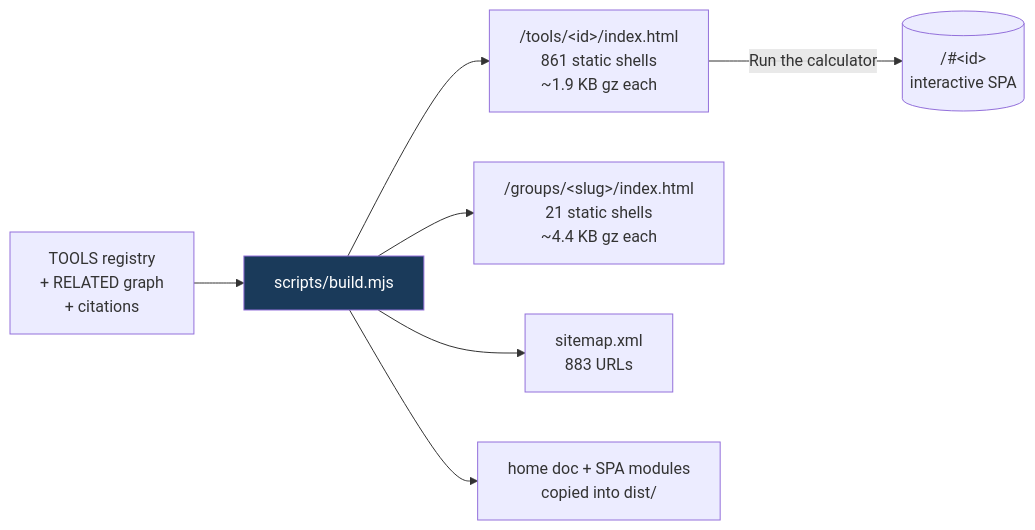
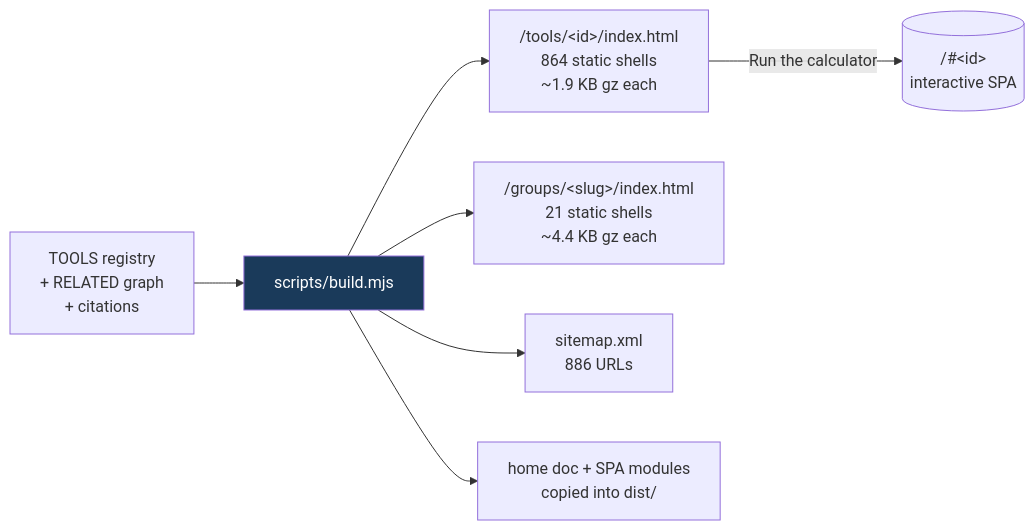
One commit to clay-good/roughlogic.com changed the fifth of 8 diagrams in README.md. Above: the diagram before and after it, drawn with Mermaid. The commit also changed other lines of this file and 19 other files, not shown here.

````diff
--- a/README.md
+++ b/README.md
@@ -495,10 +495,10 @@
 ```mermaid
 flowchart LR
     SRC[TOOLS registry\n+ RELATED graph\n+ citations] --> BUILD[scripts/build.mjs]
-    BUILD --> TILE["/tools/&lt;id&gt;/index.html\n861 static shells\n~1.9 KB gz each"]
+    BUILD --> TILE["/tools/&lt;id&gt;/index.html\n864 static shells\n~1.9 KB gz each"]
     BUILD --> GROUP["/groups/&lt;slug&gt;/index.html\n21 static shells\n~4.4 KB gz each"]
-    BUILD --> MAP["sitemap.xml\n883 URLs"]
+    BUILD --> MAP["sitemap.xml\n886 URLs"]
     BUILD --> COPY[home doc + SPA modules\ncopied into dist/]
     TILE -->|Run the calculator| SPA[("/#&lt;id&gt;\ninteractive SPA")]
     style BUILD fill:#1a3a5a,color:#fff
 ```
````
